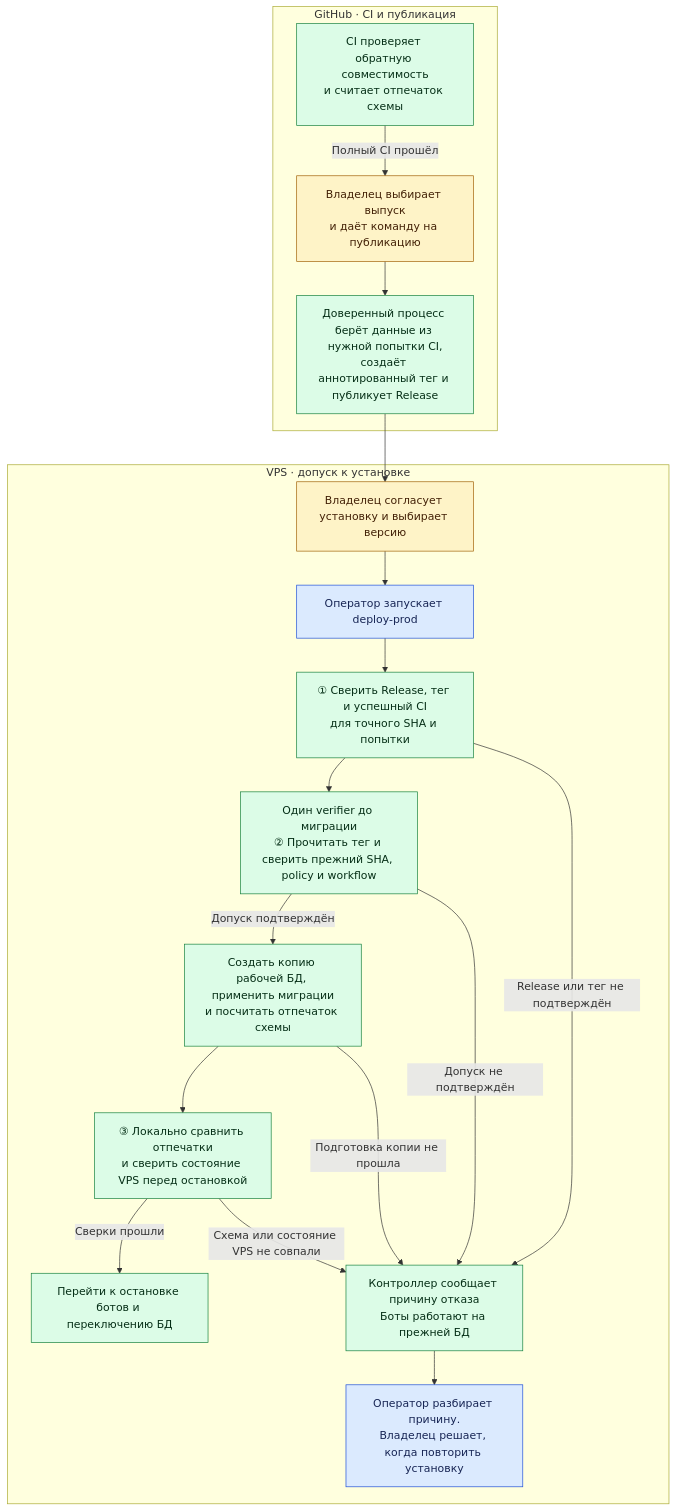
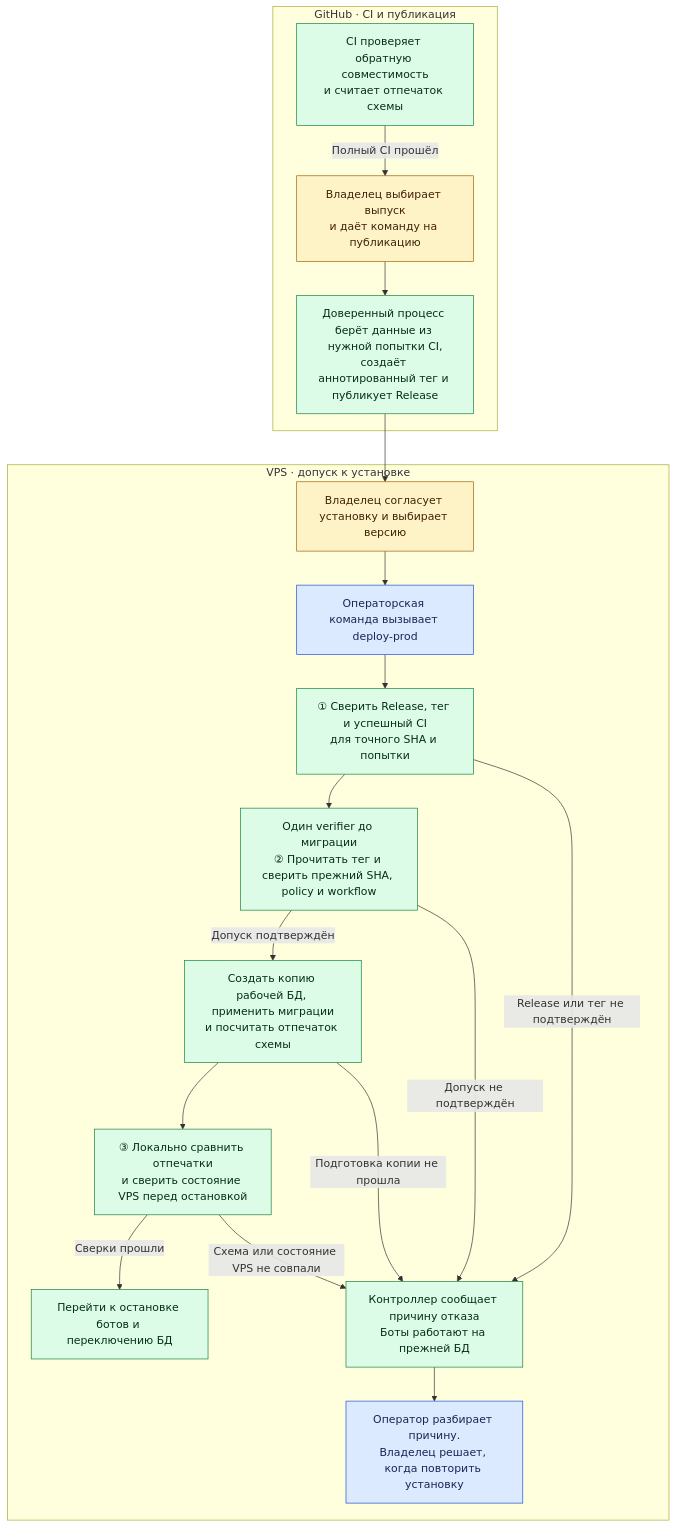
One commit to karateka-git/compadre-assistant changed the sixth of 7 diagrams in docs/release-ci-admission/CI_AND_DEPLOY.md. Above: the diagram before and after it, drawn with Mermaid. The commit also changed other lines of this file and 9 other files, not shown here.

````diff
--- a/docs/release-ci-admission/CI_AND_DEPLOY.md
+++ b/docs/release-ci-admission/CI_AND_DEPLOY.md
@@ -440,32 +446,32 @@
 ```mermaid
 flowchart TD
     subgraph GH["GitHub · CI и публикация"]
         CI["CI проверяет обратную совместимость<br/>и считает отпечаток схемы"]
         CI -->|Полный CI прошёл| PUB_OK["Владелец выбирает выпуск<br/>и даёт команду на публикацию"]
         PUB_OK --> PUB["Доверенный процесс берёт данные из нужной попытки CI,<br/>создаёт аннотированный тег и публикует Release"]
     end
 
     subgraph VPS["VPS · допуск к установке"]
         DEPLOY_OK["Владелец согласует установку и выбирает версию"]
-        DEPLOY_OK --> RUN["Оператор запускает deploy-prod"]
+        DEPLOY_OK --> RUN["Операторская команда вызывает deploy-prod"]
         RUN --> TAG["① Сверить Release, тег и успешный CI<br/>для точного SHA и попытки"]
         TAG --> V["Один verifier до миграции<br/>② Прочитать тег и сверить прежний SHA, policy и workflow"]
         V -->|Допуск подтверждён| COPY["Создать копию рабочей БД, применить миграции<br/>и посчитать отпечаток схемы"]
         COPY --> CHECK["③ Локально сравнить отпечатки<br/>и сверить состояние VPS перед остановкой"]
         CHECK -->|Сверки прошли| SWITCH["Перейти к остановке ботов и переключению БД"]
         TAG -->|Release или тег не подтверждён| BLOCKED
         V -->|Допуск не подтверждён| BLOCKED
         COPY -->|Подготовка копии не прошла| BLOCKED
         CHECK -->|Схема или состояние VPS не совпали| BLOCKED
         BLOCKED["Контроллер сообщает причину отказа<br/>Боты работают на прежней БД"]
         BLOCKED --> REVIEW["Оператор разбирает причину.<br/>Владелец решает, когда повторить установку"]
     end
 
     PUB --> DEPLOY_OK
     classDef owner fill:#fef3c7,stroke:#a16207,color:#422006
     classDef operator fill:#dbeafe,stroke:#1d4ed8,color:#172554
     classDef automatic fill:#dcfce7,stroke:#15803d,color:#052e16
     class PUB_OK,DEPLOY_OK owner
     class RUN,REVIEW operator
     class CI,PUB,TAG,V,COPY,CHECK,SWITCH,BLOCKED automatic
 ```
````
